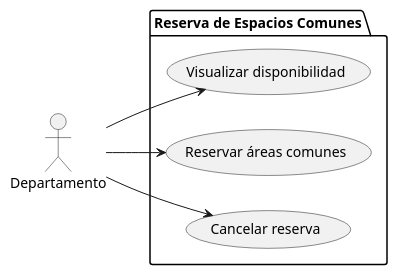
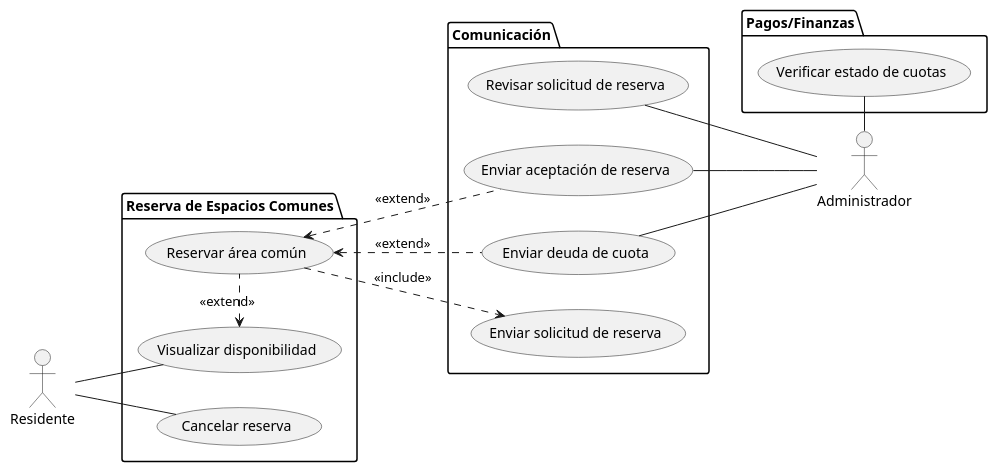
Before and after one commit to richardriverag/ProyectoDiseno24B: the diagram in Diagramas/CasosDeUso_GrupoD_Reserva_Espacios_Comunes/CasosDeUso.puml, drawn with PlantUML.

Commit message:
Modify(Reservas-EspComunes): Update use case diagram

```diff
--- a/Diagramas/CasosDeUso_GrupoD_Reserva_Espacios_Comunes/CasosDeUso.puml
+++ b/Diagramas/CasosDeUso_GrupoD_Reserva_Espacios_Comunes/CasosDeUso.puml
@@ -1,15 +1,36 @@
 @startuml
 left to right direction
-actor Departamento
+actor Residente
+actor Administrador
 
 package "Reserva de Espacios Comunes" {
     usecase "Visualizar disponibilidad" as VisualizarDisp
-    usecase "Reservar áreas comunes" as ReservarArea
+    usecase "Reservar área común" as ReservarArea
     usecase "Cancelar reserva" as CancelReserva
-
 }
 
-Departamento --> VisualizarDisp
-Departamento --> ReservarArea
-Departamento --> CancelReserva
+package "Comunicación" {
+    usecase "Enviar solicitud de reserva" as EnviarSolicitud
+    usecase "Revisar solicitud de reserva" as RevisarSolicitud
+    usecase "Enviar aceptación de reserva" as EnviarAceptacion
+    usecase "Enviar deuda de cuota" as EnviarDeuda
+}
+
+package "Pagos/Finanzas" {
+    usecase "Verificar estado de cuotas" as VerEstadoCuota
+}
+
+Residente -- VisualizarDisp
+VisualizarDisp <.right. ReservarArea: <<extend>>
+Residente -- CancelReserva
+
+ReservarArea ..> EnviarSolicitud: <<include>>
+Administrador -up- EnviarDeuda
+Administrador -up- EnviarAceptacion
+Administrador -up- RevisarSolicitud
+Administrador -right- VerEstadoCuota
+
+ReservarArea <.. EnviarDeuda: <<extend>>
+ReservarArea <.. EnviarAceptacion:  <<extend>>
+
 @enduml
```
